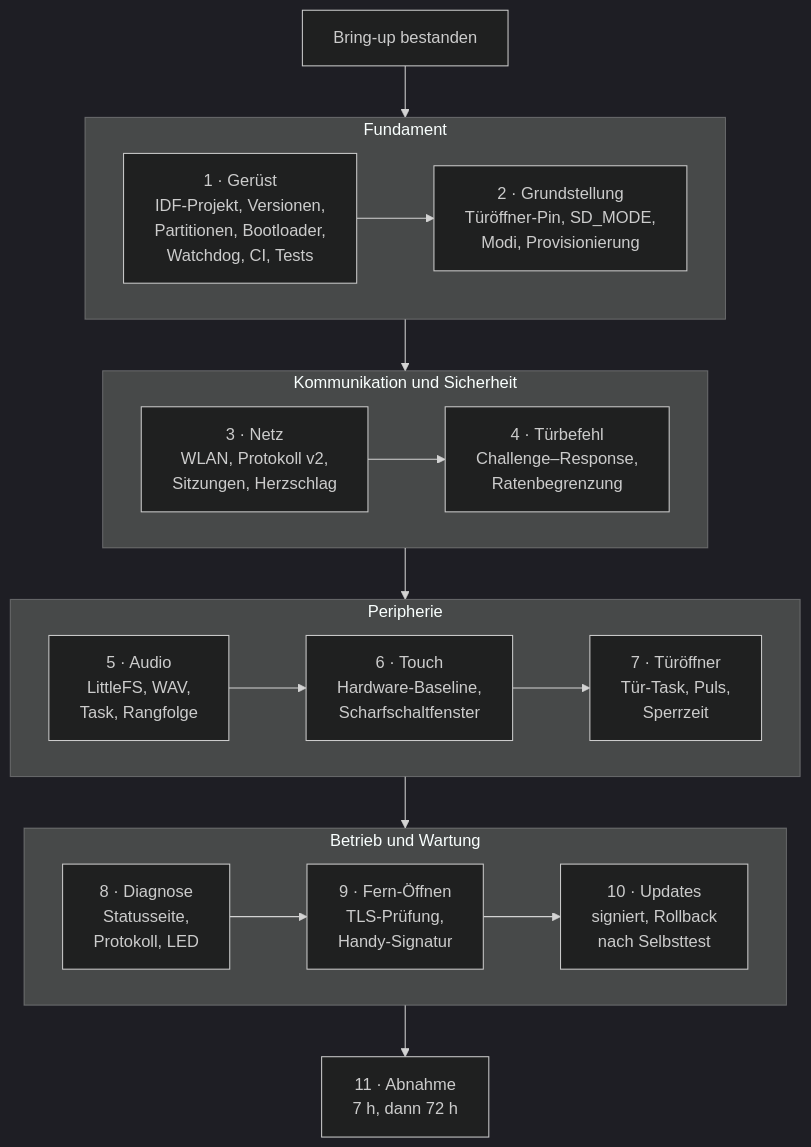
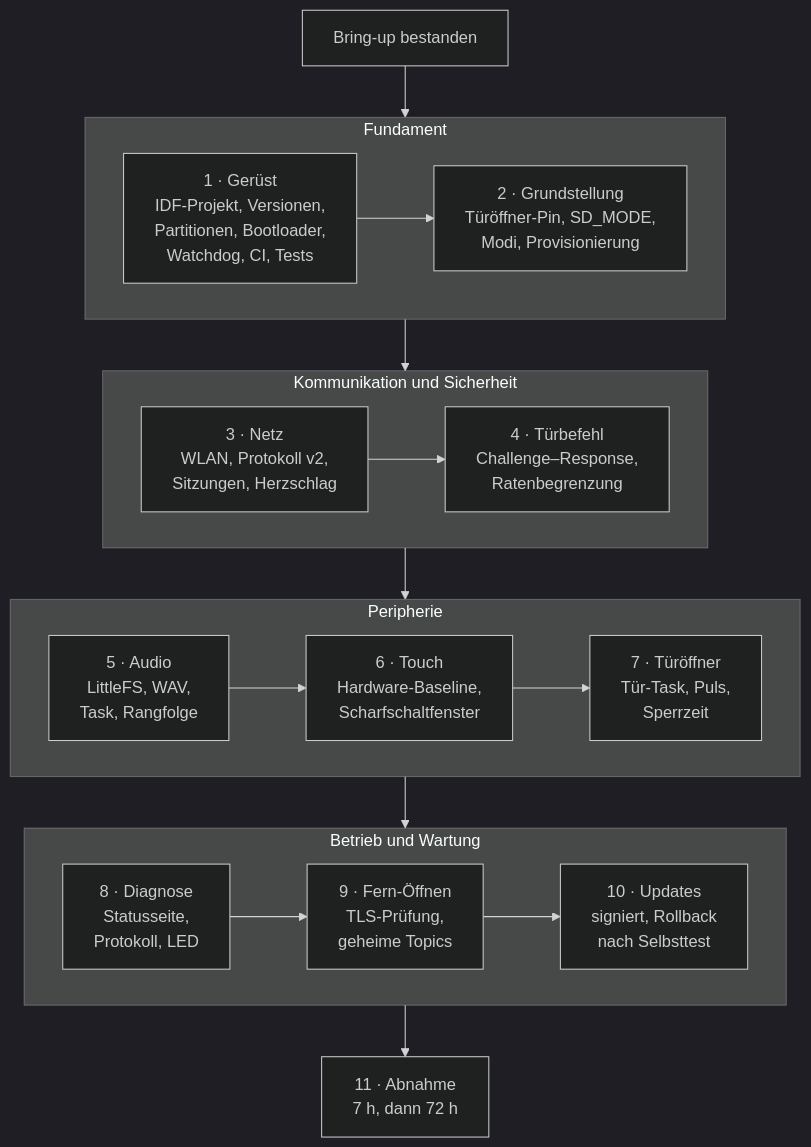
Before and after one commit to akoerner-dev/ClearBell: the ninth of 9 diagrams in docs/Softwarearchitektur_V0.2.md, drawn with Mermaid (dark theme). The commit also changed other lines of this file and 19 other files, not shown here.

First line of the commit message:
R27 umgesetzt: Fern-Öffnen nur mit ntfy, beide Wohnungen, Ausfallmeldung

````diff
--- a/docs/Softwarearchitektur_V0.2.md
+++ b/docs/Softwarearchitektur_V0.2.md
@@ -1045,21 +1048,21 @@
 ```mermaid
 graph TB
     subgraph A["Fundament"]
         direction LR
         S1["1 · Gerüst<br/>IDF-Projekt, Versionen,<br/>Partitionen, Bootloader,<br/>Watchdog, CI, Tests"] --> S2["2 · Grundstellung<br/>Türöffner-Pin, SD_MODE,<br/>Modi, Provisionierung"]
     end
     subgraph B["Kommunikation und Sicherheit"]
         direction LR
         S3["3 · Netz<br/>WLAN, Protokoll v2,<br/>Sitzungen, Herzschlag"] --> S4["4 · Türbefehl<br/>Challenge–Response,<br/>Ratenbegrenzung"]
     end
     subgraph C["Peripherie"]
         direction LR
         S5["5 · Audio<br/>LittleFS, WAV,<br/>Task, Rangfolge"] --> S6["6 · Touch<br/>Hardware-Baseline,<br/>Scharfschaltfenster"] --> S7["7 · Türöffner<br/>Tür-Task, Puls,<br/>Sperrzeit"]
     end
     subgraph D["Betrieb und Wartung"]
         direction LR
-        S8["8 · Diagnose<br/>Statusseite,<br/>Protokoll, LED"] --> S9["9 · Fern-Öffnen<br/>TLS-Prüfung,<br/>Handy-Signatur"] --> S10["10 · Updates<br/>signiert, Rollback<br/>nach Selbsttest"]
+        S8["8 · Diagnose<br/>Statusseite,<br/>Protokoll, LED"] --> S9["9 · Fern-Öffnen<br/>TLS-Prüfung,<br/>geheime Topics"] --> S10["10 · Updates<br/>signiert, Rollback<br/>nach Selbsttest"]
     end
     S0["Bring-up bestanden"] --> A
     A --> B --> C --> D --> S11["11 · Abnahme<br/>7 h, dann 72 h"]
 ```
````
